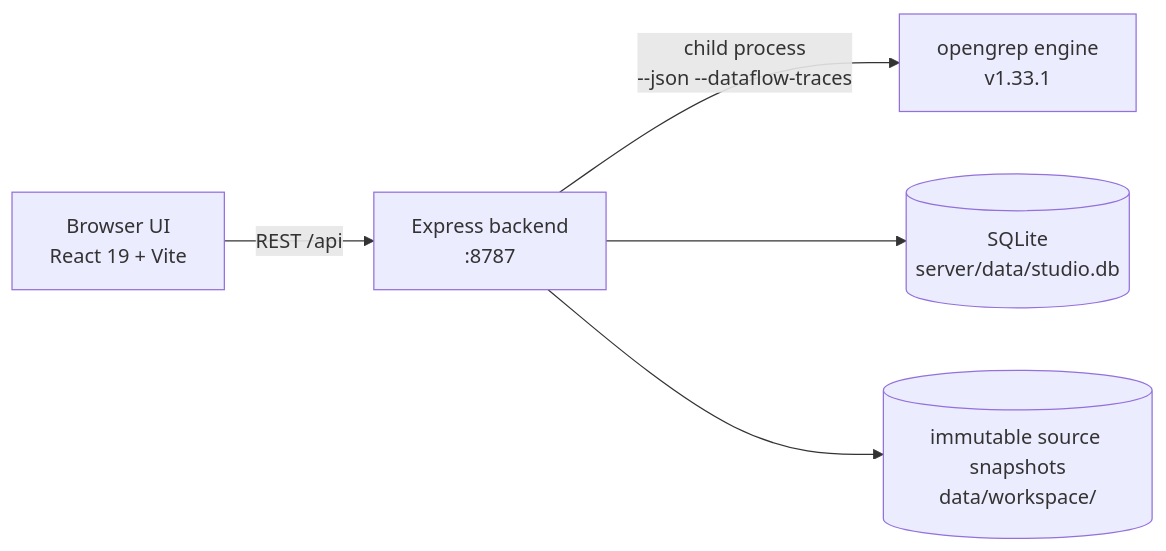
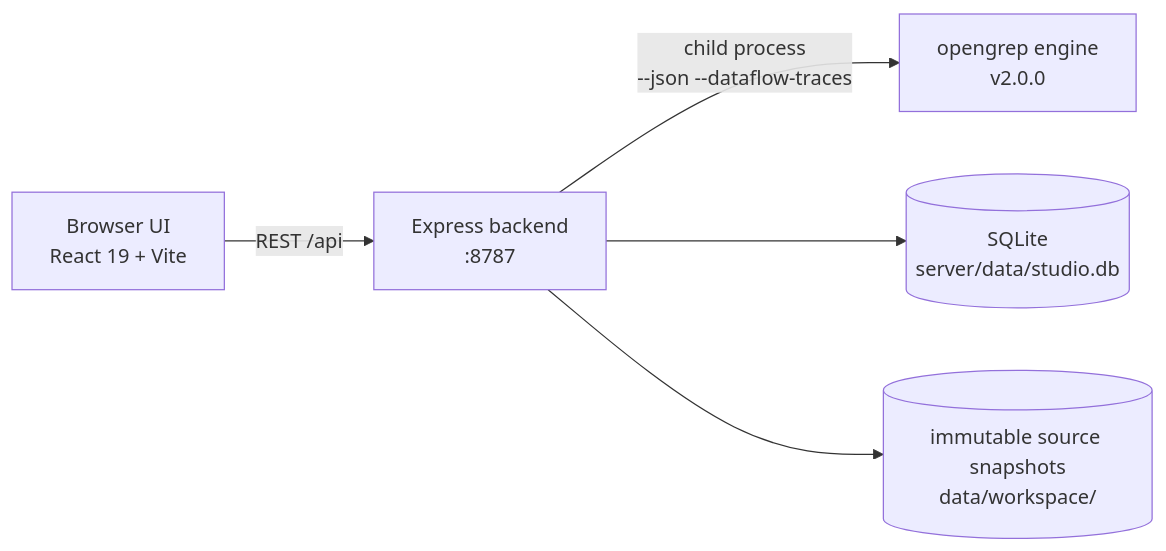
One commit to Lyfxxk/Opengrep-Studio changed the diagram in README.md. Above: the diagram before and after it, drawn with Mermaid. The commit also changed other lines of this file and 1 other file, not shown here.

Commit message:
docs/docker: v2 引擎口径——Dockerfile engine stage 预装 adm-zip；README 更新体积与 Windows 整目录分发要求

````diff
--- a/README.md
+++ b/README.md
@@ -197,7 +197,7 @@
 ```mermaid
 flowchart LR
     U["Browser UI<br/>React 19 + Vite"] -->|"REST /api"| S["Express backend<br/>:8787"]
-    S -->|"child process<br/>--json --dataflow-traces"| E["opengrep engine<br/>v1.33.1"]
+    S -->|"child process<br/>--json --dataflow-traces"| E["opengrep engine<br/>v2.0.0"]
     S --> DB[("SQLite<br/>server/data/studio.db")]
     S --> FS[("immutable source snapshots<br/>data/workspace/")]
 ```
````
